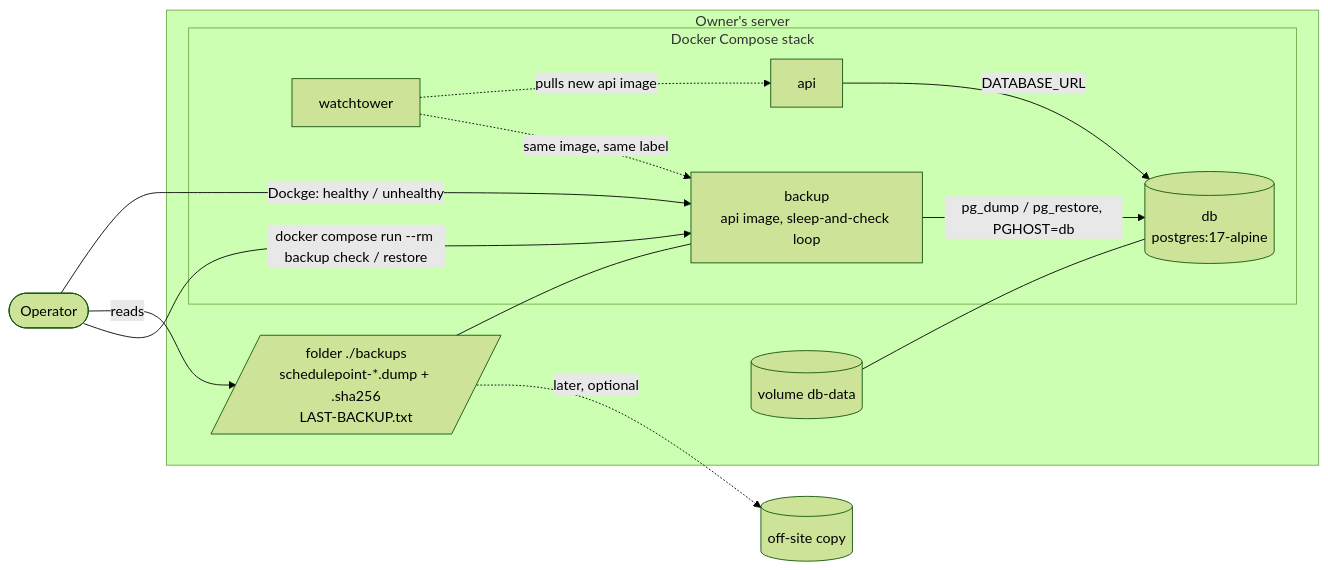
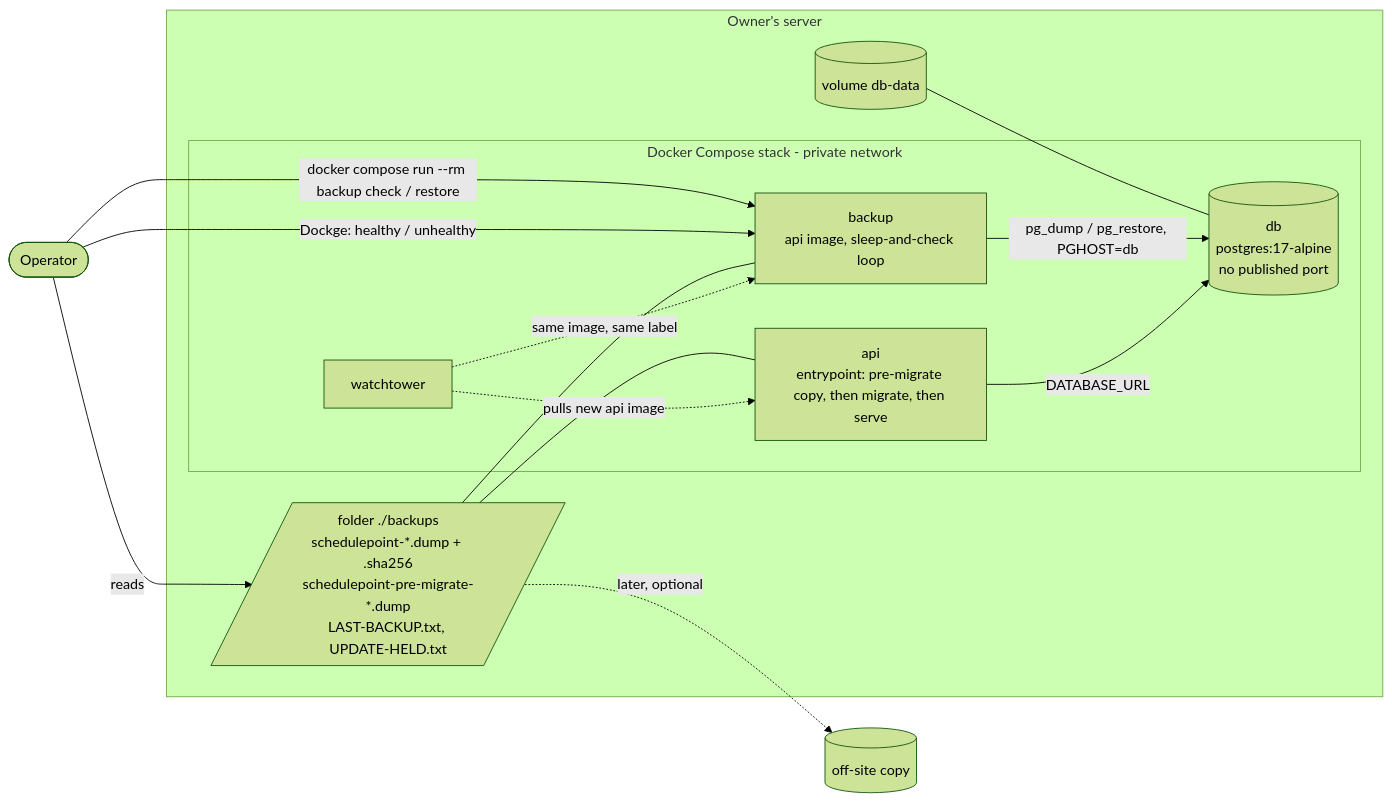
The first of 4 diagrams in docs/specs/database-backup/feature-spec.md (HuttonHomeHub/SchedulePoint_1), drawn with Mermaid (forest theme) before and after one commit. The commit also changed other lines of this file and 3 other files, not shown here.

First line of the commit message:
docs(docs): approve the database backup spec with the owner's answers

````diff
--- a/docs/specs/database-backup/feature-spec.md
+++ b/docs/specs/database-backup/feature-spec.md
@@ -284,17 +348,18 @@
 ```mermaid
 flowchart LR
   subgraph host[Owner's server]
-    subgraph stack[Docker Compose stack]
-      WT[watchtower] -. pulls new api image .-> API[api]
+    subgraph stack[Docker Compose stack - private network]
+      WT[watchtower] -. pulls new api image .-> API[api<br/>entrypoint: pre-migrate copy, then migrate, then serve]
       WT -. same image, same label .-> BK[backup<br/>api image, sleep-and-check loop]
-      API -->|DATABASE_URL| DB[(db<br/>postgres:17-alpine)]
+      API -->|DATABASE_URL| DB[(db<br/>postgres:17-alpine<br/>no published port)]
       BK -->|pg_dump / pg_restore, PGHOST=db| DB
     end
     VOL[(volume db-data)] --- DB
-    DIR[/folder ./backups<br/>schedulepoint-*.dump + .sha256<br/>LAST-BACKUP.txt/] --- BK
+    DIR[/folder ./backups<br/>schedulepoint-*.dump + .sha256<br/>schedulepoint-pre-migrate-*.dump<br/>LAST-BACKUP.txt, UPDATE-HELD.txt/] --- BK
+    DIR --- API
   end
   OP([Operator]) -->|Dockge: healthy / unhealthy| BK
   OP -->|reads| DIR
   OP -->|docker compose run --rm backup check / restore| BK
   DIR -. later, optional .-> OFF[(off-site copy)]
 ```
````
